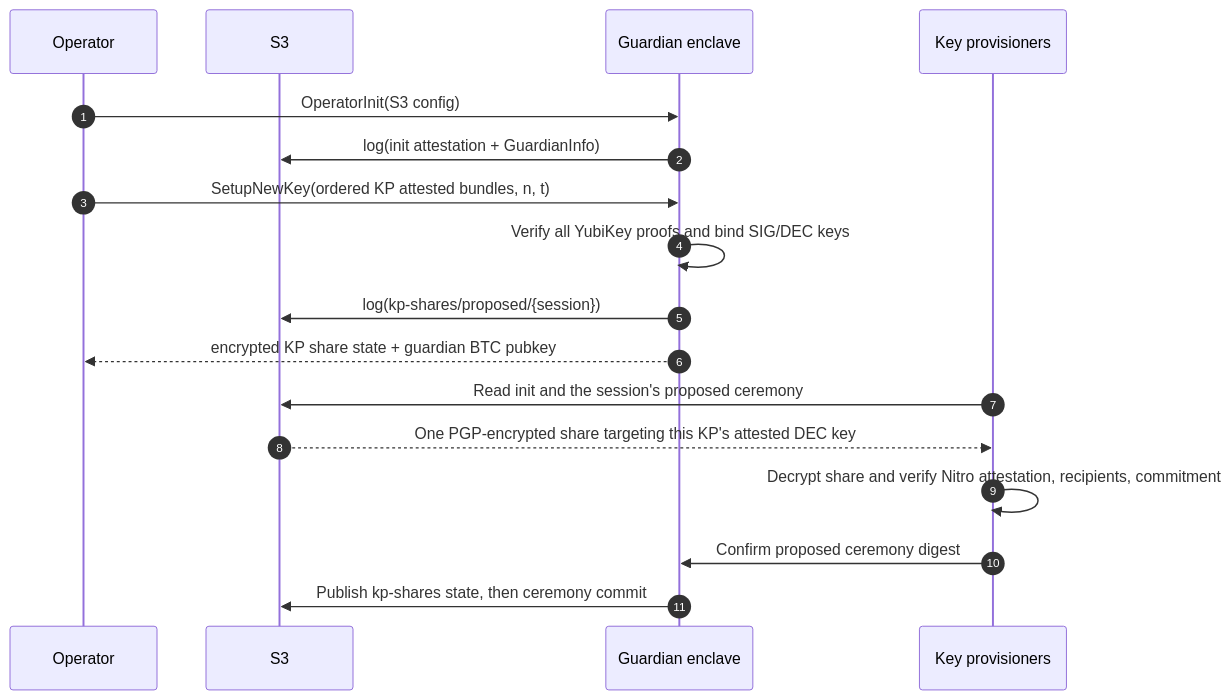
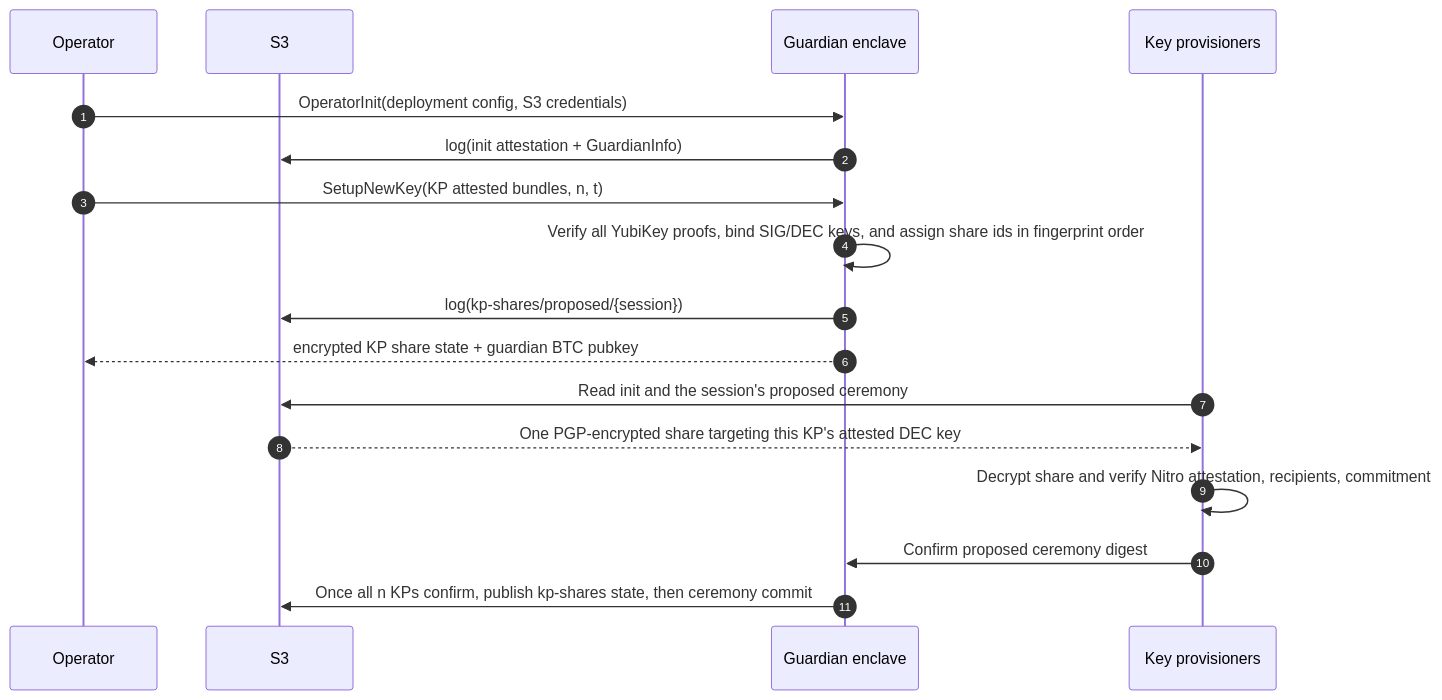
Before and after one commit to MystenLabs/hashi: the first of 4 diagrams in design/docs/guardian.mdx, drawn with Mermaid. The commit also changed other lines of this file and 10 other files, not shown here.

````diff
--- a/design/docs/guardian.mdx
+++ b/design/docs/guardian.mdx
@@ -112,22 +121,22 @@
 ```mermaid
 sequenceDiagram
     autonumber
 
     participant Operator
     participant S3
     participant Guardian as Guardian enclave
     participant KPs as Key provisioners
 
-    Operator->>Guardian: OperatorInit(S3 config)
+    Operator->>Guardian: OperatorInit(deployment config, S3 credentials)
     Guardian->>S3: log(init attestation + GuardianInfo)
-    Operator->>Guardian: SetupNewKey(ordered KP attested bundles, n, t)
-    Guardian->>Guardian: Verify all YubiKey proofs and bind SIG/DEC keys
+    Operator->>Guardian: SetupNewKey(KP attested bundles, n, t)
+    Guardian->>Guardian: Verify all YubiKey proofs, bind SIG/DEC keys, and assign share ids in fingerprint order
     Guardian->>S3: log(kp-shares/proposed/{session})
     Guardian-->>Operator: encrypted KP share state + guardian BTC pubkey
 
     KPs->>S3: Read init and the session's proposed ceremony
     S3-->>KPs: One PGP-encrypted share targeting this KP's attested DEC key
     KPs->>KPs: Decrypt share and verify Nitro attestation, recipients, commitment
     KPs->>Guardian: Confirm proposed ceremony digest
-    Guardian->>S3: Publish kp-shares state, then ceremony commit
+    Guardian->>S3: Once all n KPs confirm, publish kp-shares state, then ceremony commit
 ```
````
